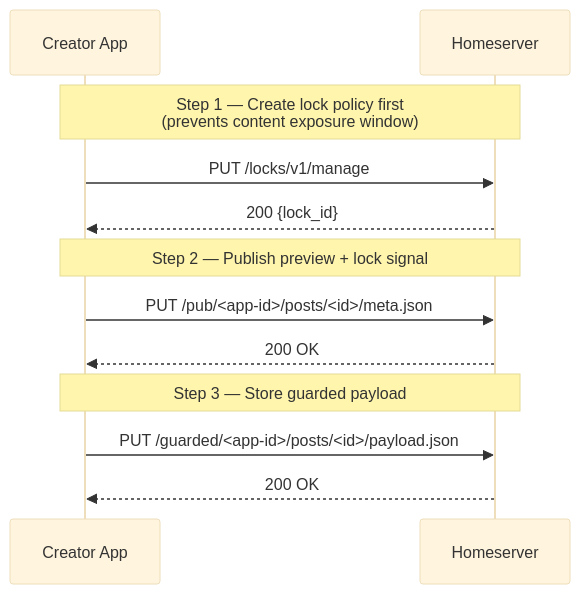
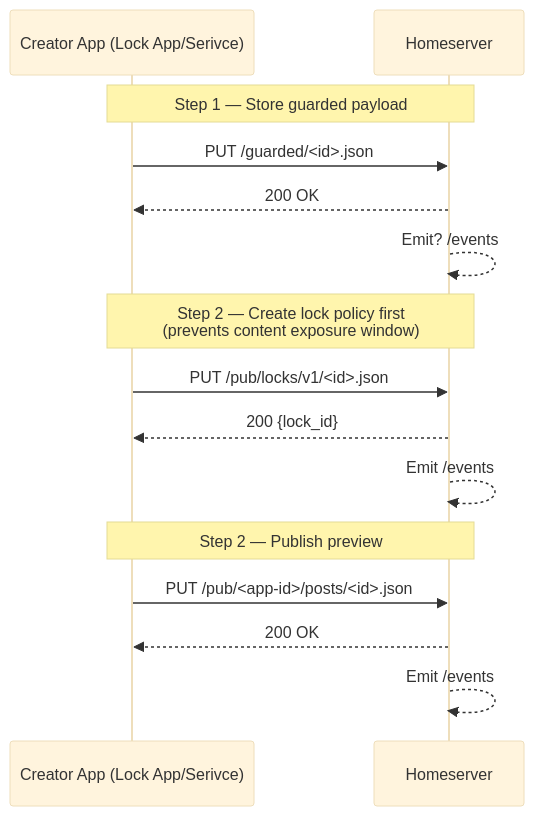
Before and after one commit to BitcoinErrorLog/pubky-locks: the first of 5 diagrams in jwt_proxy_proposal.md, drawn with Mermaid (base theme). The commit also changed other lines of this file, not shown here.

Commit message:
Creator Publishing diagram update

````diff
--- a/jwt_proxy_proposal.md
+++ b/jwt_proxy_proposal.md
@@ -106,17 +52,23 @@
 ```mermaid
 sequenceDiagram
-  participant C as Creator App
+  participant C as Creator App (Lock App/Serivce)
   participant H as Homeserver
 
-  Note over C,H: Step 1 — Create lock policy first<br/>(prevents content exposure window)
-  C->>H: PUT /locks/v1/manage
+  Note over C,H: Step 1 — Store guarded payload
+  C->>H: PUT /guarded/<id>.json
+  H-->>C: 200 OK
+
+  H-->>H: Emit? /events
+
+  Note over C,H: Step 2 — Create lock policy first<br/>(prevents content exposure window)
+  C->>H: PUT /pub/locks/v1/<id>.json
   H-->>C: 200 {lock_id}
 
-  Note over C,H: Step 2 — Publish preview + lock signal
-  C->>H: PUT /pub/<app-id>/posts/<id>/meta.json
+  H-->>H: Emit /events
+
+  Note over C,H: Step 2 — Publish preview
+  C->>H: PUT /pub/<app-id>/posts/<id>.json
   H-->>C: 200 OK
 
-  Note over C,H: Step 3 — Store guarded payload
-  C->>H: PUT /guarded/<app-id>/posts/<id>/payload.json
-  H-->>C: 200 OK
+  H-->>H: Emit /events
 ```
````
